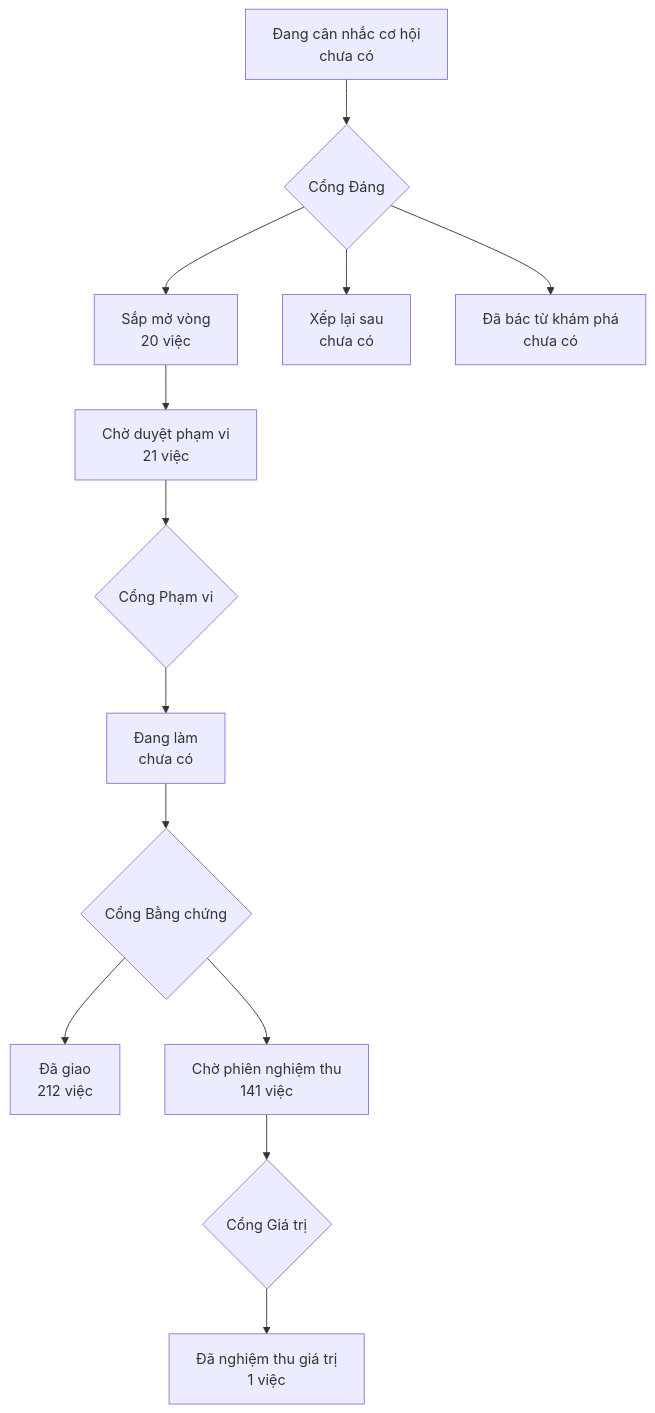
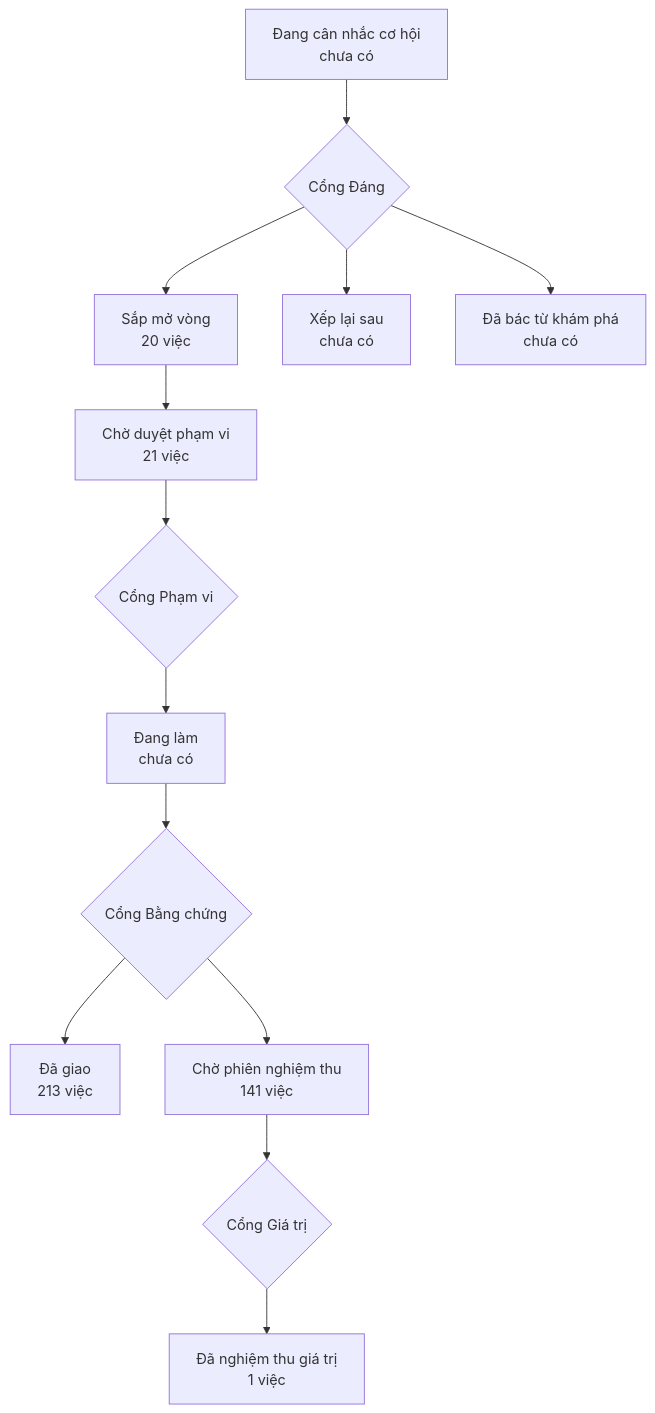
One commit to phanlemanh/onehub-invest changed the diagram in PRODUCT-MAP.md. Above: the diagram before and after it, drawn with Mermaid. The commit also changed other lines of this file and 33 other files, not shown here.

````diff
--- a/PRODUCT-MAP.md
+++ b/PRODUCT-MAP.md
@@ -7,12 +7,12 @@
 ```mermaid
 flowchart TD
   A["Đang cân nhắc cơ hội<br/>chưa có"] --> GD{"Cổng Đáng"}
   GD --> B["Sắp mở vòng<br/>20 việc"]
   GD --> XL["Xếp lại sau<br/>chưa có"]
   GD --> DB["Đã bác từ khám phá<br/>chưa có"]
   B --> CD["Chờ duyệt phạm vi<br/>21 việc"] --> GP{"Cổng Phạm vi"}
   GP --> DL["Đang làm<br/>chưa có"] --> GB{"Cổng Bằng chứng"}
-  GB --> DG["Đã giao<br/>212 việc"]
+  GB --> DG["Đã giao<br/>213 việc"]
   GB --> CN["Chờ phiên nghiệm thu<br/>141 việc"] --> GG{"Cổng Giá trị"}
   GG --> NT["Đã nghiệm thu giá trị<br/>1 việc"]
 ```
````
